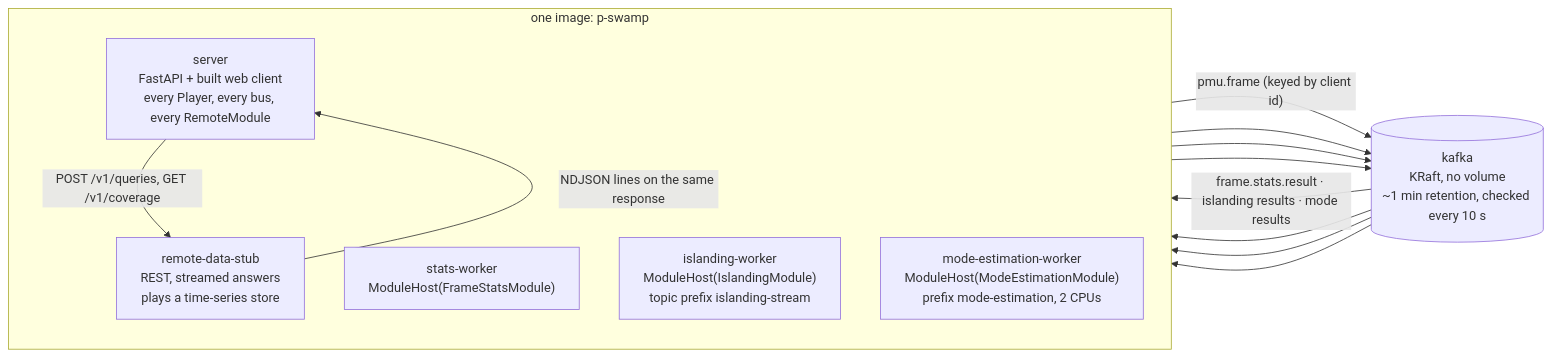
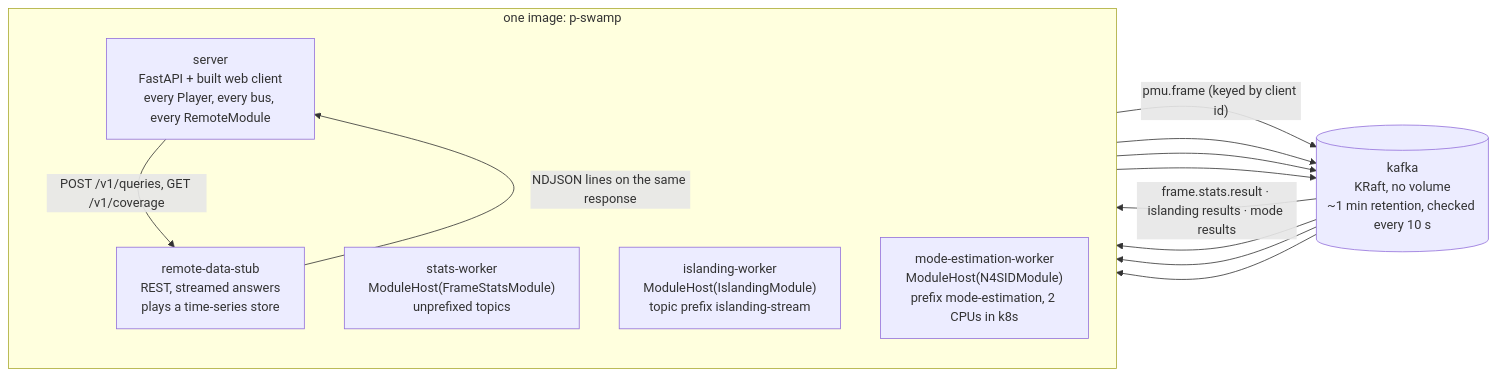
The third of 4 diagrams in doc/server-data-architecture-diagrams.md (thomanil/p-SWAMP), drawn with Mermaid before and after one commit. The commit also changed other lines of this file and 7 other files, not shown here.

````diff
--- a/doc/server-data-architecture-diagrams.md
+++ b/doc/server-data-architecture-diagrams.md
@@ -231,19 +234,19 @@
 ```mermaid
 flowchart LR
     subgraph image["one image: p-swamp"]
         direction TB
         server["server<br/>FastAPI + built web client<br/>every Player, every bus, every RemoteModule"]
-        sw["stats-worker<br/>ModuleHost(FrameStatsModule)"]
+        sw["stats-worker<br/>ModuleHost(FrameStatsModule)<br/>unprefixed topics"]
         iw["islanding-worker<br/>ModuleHost(IslandingModule)<br/>topic prefix islanding-stream"]
-        mw["mode-estimation-worker<br/>ModuleHost(ModeEstimationModule)<br/>prefix mode-estimation, 2 CPUs"]
+        mw["mode-estimation-worker<br/>ModuleHost(N4SIDModule)<br/>prefix mode-estimation, 2 CPUs in k8s"]
         stub["remote-data-stub<br/>REST, streamed answers<br/>plays a time-series store"]
     end
     kafka[("kafka<br/>KRaft, no volume<br/>~1 min retention, checked every 10 s")]
     server -->|"pmu.frame (keyed by client id)"| kafka
     kafka -->|"frame.stats.result · islanding results · mode results"| server
     kafka --> sw --> kafka
     kafka --> iw --> kafka
     kafka --> mw --> kafka
     server -->|"POST /v1/queries, GET /v1/coverage"| stub
     stub -->|"NDJSON lines on the same response"| server
 ```
````
